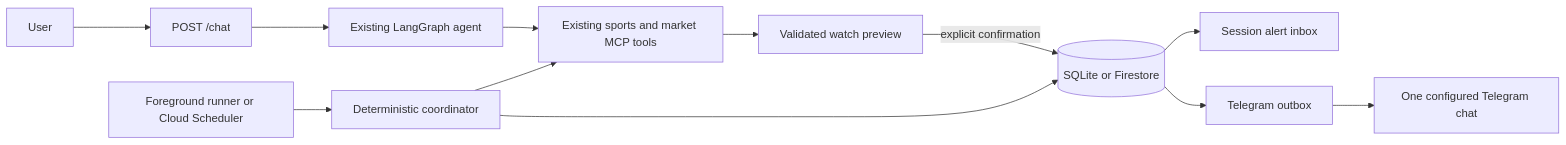
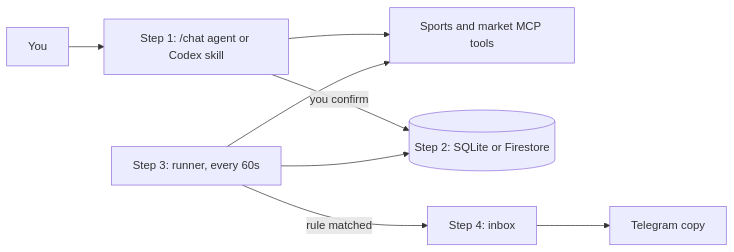
One commit to waderylan/prediction-market-agent changed the diagram in docs/WATCHES_EXPLAINED.md. Above: the diagram before and after it, drawn with Mermaid. The commit also changed other lines of this file, not shown here.

First line of the commit message:
Rewrite watch explainer in plain language

````diff
--- a/docs/WATCHES_EXPLAINED.md
+++ b/docs/WATCHES_EXPLAINED.md
@@ -22,14 +32,10 @@
 ```mermaid
 flowchart LR
-    U[User] --> CHAT[POST /chat]
-    CHAT --> AGENT[Existing LangGraph agent]
-    AGENT --> MCP[Existing sports and market MCP tools]
-    MCP --> PREVIEW[Validated watch preview]
-    PREVIEW -->|explicit confirmation| DB[(SQLite or Firestore)]
-    RUNNER[Foreground runner or Cloud Scheduler] --> POLL[Deterministic coordinator]
-    POLL --> MCP
-    POLL --> DB
-    DB --> INBOX[Session alert inbox]
-    DB --> OUTBOX[Telegram outbox]
-    OUTBOX --> TELEGRAM[One configured Telegram chat]
+    U[You] --> FRONT[Step 1: /chat agent or Codex skill]
+    FRONT --> MCP[Sports and market MCP tools]
+    FRONT -->|you confirm| DB[(Step 2: SQLite or Firestore)]
+    RUNNER[Step 3: runner, every 60s] --> DB
+    RUNNER --> MCP
+    RUNNER -->|rule matched| INBOX[Step 4: inbox]
+    INBOX --> TELEGRAM[Telegram copy]
 ```
````
